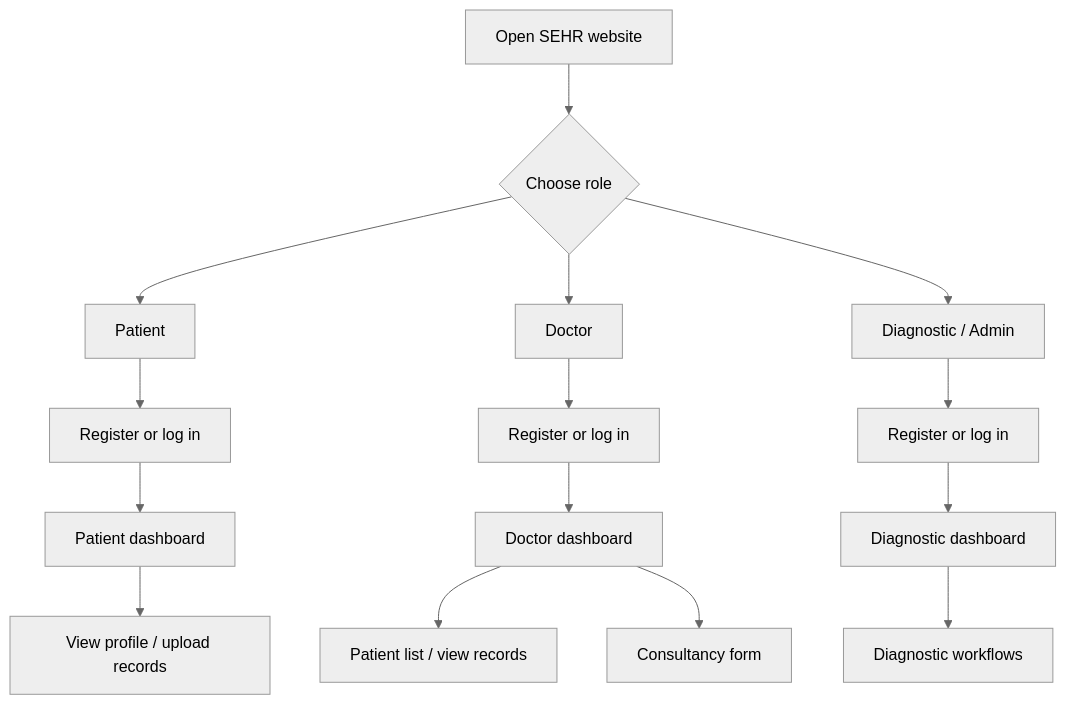
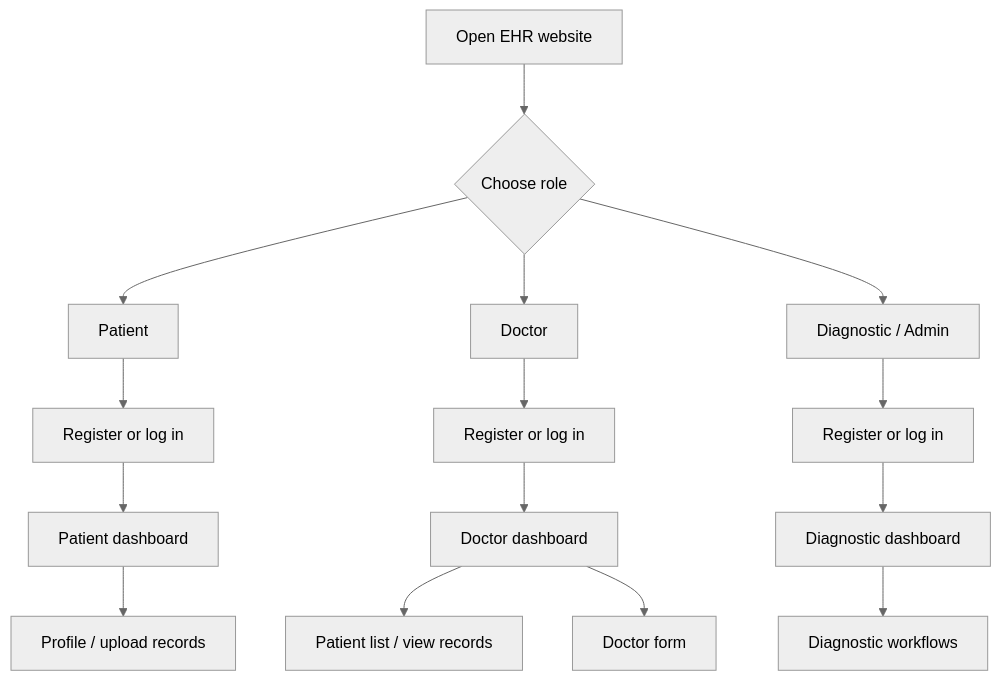
Before and after one commit to TheZohaibKhan/EHR: the first of 5 diagrams in README.md, drawn with Mermaid (neutral theme). The commit also changed other lines of this file, not shown here.

````diff
--- a/README.md
+++ b/README.md
@@ -135,17 +133,17 @@
 ```mermaid
 flowchart TD
-    A[Open SEHR website] --> B{Choose role}
+    A[Open EHR website] --> B{Choose role}
     B --> C[Patient]
     B --> D[Doctor]
     B --> E[Diagnostic / Admin]
     C --> C1[Register or log in]
     C1 --> C2[Patient dashboard]
-    C2 --> C3[View profile / upload records]
+    C2 --> C3[Profile / upload records]
     D --> D1[Register or log in]
     D1 --> D2[Doctor dashboard]
     D2 --> D3[Patient list / view records]
-    D2 --> D4[Consultancy form]
+    D2 --> D4[Doctor form]
     E --> E1[Register or log in]
     E1 --> E2[Diagnostic dashboard]
     E2 --> E3[Diagnostic workflows]
 ```
````
